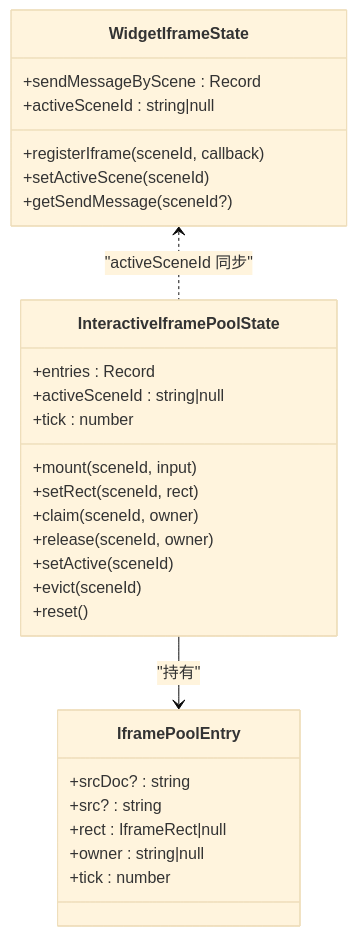
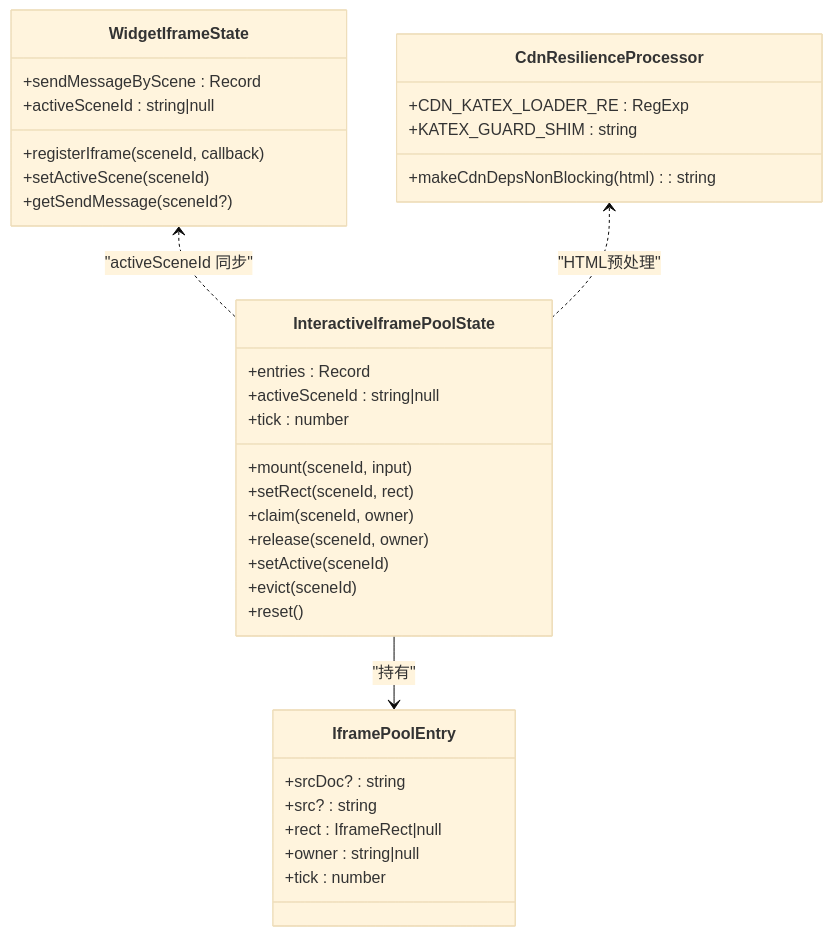
The second of 8 diagrams in .qoder/repowiki/zh/content/UI 组件系统/场景渲染组件/交互式内容渲染器.md (huangboheng/OpenMAIC), drawn with Mermaid (base theme) before and after one commit. The commit also changed other lines of this file and 43 other files, not shown here.

````diff
--- a/.qoder/repowiki/zh/content/UI 组件系统/场景渲染组件/交互式内容渲染器.md
+++ b/.qoder/repowiki/zh/content/UI 组件系统/场景渲染组件/交互式内容渲染器.md
@@ -109,31 +130,37 @@
 ```mermaid
 classDiagram
 class InteractiveIframePoolState {
 +entries : Record<string, IframePoolEntry>
 +activeSceneId : string|null
 +tick : number
 +mount(sceneId, input)
 +setRect(sceneId, rect)
 +claim(sceneId, owner)
 +release(sceneId, owner)
 +setActive(sceneId)
 +evict(sceneId)
 +reset()
 }
 class IframePoolEntry {
 +srcDoc? : string
 +src? : string
 +rect : IframeRect|null
 +owner : string|null
 +tick : number
 }
 class WidgetIframeState {
 +sendMessageByScene : Record<string, function>
 +activeSceneId : string|null
 +registerIframe(sceneId, callback)
 +setActiveScene(sceneId)
 +getSendMessage(sceneId?)
 }
+class CdnResilienceProcessor {
++makeCdnDepsNonBlocking(html) : string
++CDN_KATEX_LOADER_RE : RegExp
++KATEX_GUARD_SHIM : string
+}
 InteractiveIframePoolState --> IframePoolEntry : "持有"
 WidgetIframeState <.. InteractiveIframePoolState : "activeSceneId 同步"
+CdnResilienceProcessor <.. InteractiveIframePoolState : "HTML预处理"
 ```
````
